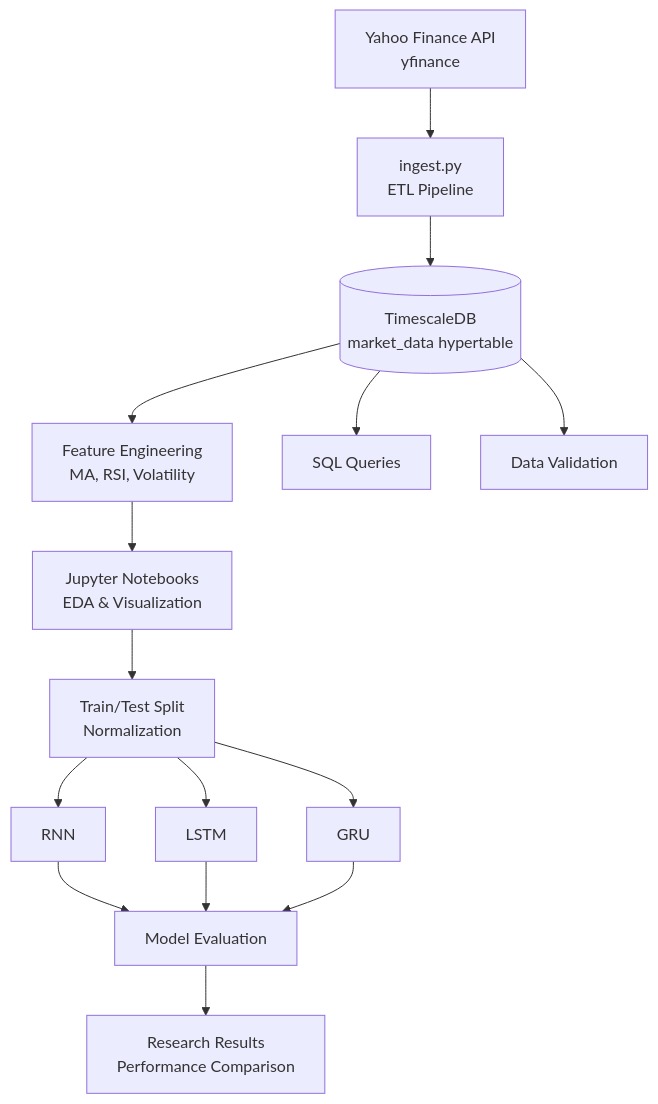
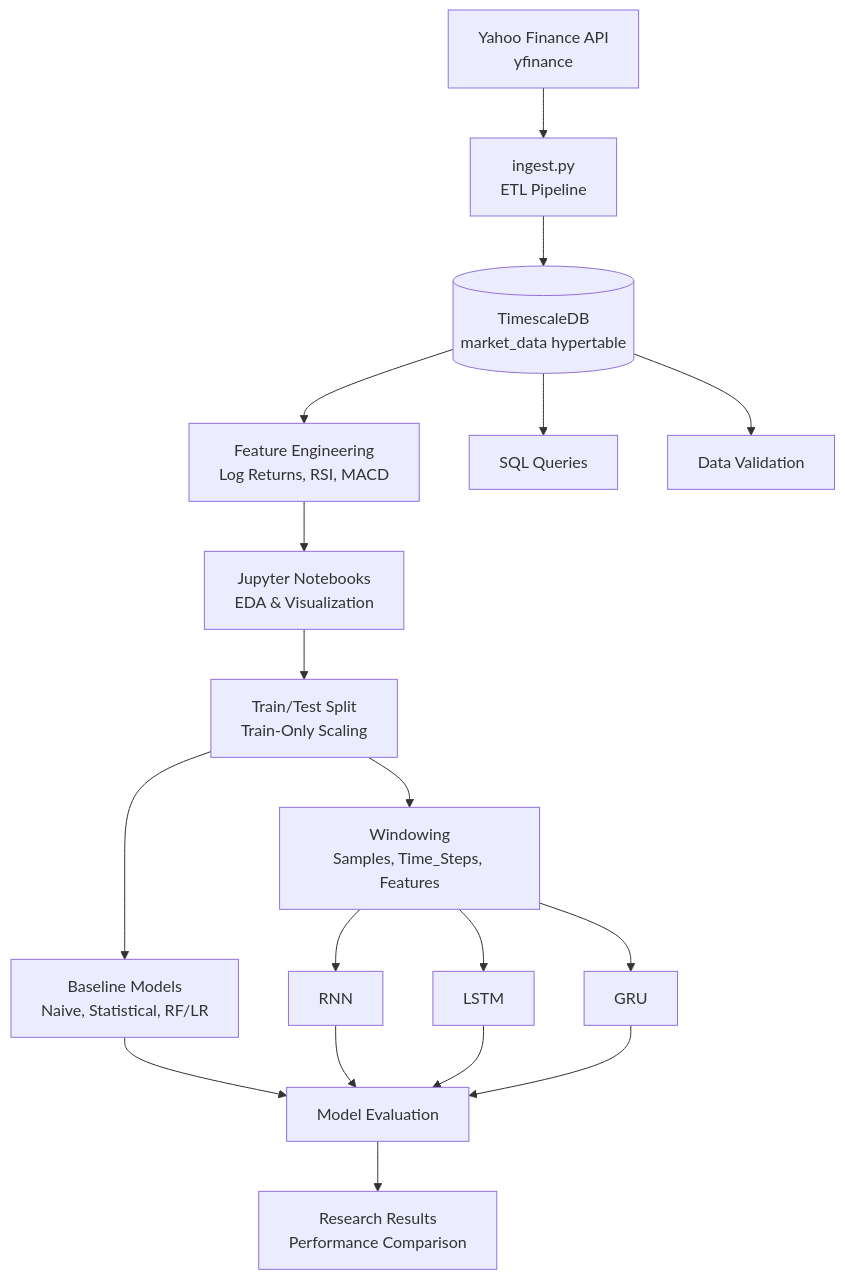
One commit to henghengyh/chronos-market changed the diagram in README.md. Above: the diagram before and after it, drawn with Mermaid. The commit also changed other lines of this file, not shown here.

````diff
--- a/README.md
+++ b/README.md
@@ -28,25 +30,29 @@
 ```mermaid
 flowchart TD
 
     A[Yahoo Finance API<br/>yfinance] --> B[ingest.py<br/>ETL Pipeline]
 
     B --> C[(TimescaleDB<br/>market_data hypertable)]
 
-    C --> D[Feature Engineering<br/>MA, RSI, Volatility]
+    C --> D[Feature Engineering<br/>Log Returns, RSI, MACD]
     C --> E[SQL Queries]
     C --> F[Data Validation]
 
     D --> G[Jupyter Notebooks<br/>EDA & Visualization]
 
-    G --> H[Train/Test Split<br/>Normalization]
+    G --> H[Train/Test Split<br/>Train-Only Scaling]
 
-    H --> I[RNN]
-    H --> J[LSTM]
-    H --> K[GRU]
+    H --> N[Baseline Models<br/>Naive, Statistical, RF/LR]
+    H --> O[Windowing<br/>Samples, Time_Steps, Features]
 
-    I --> L[Model Evaluation]
+    O --> I[RNN]
+    O --> J[LSTM]
+    O --> K[GRU]
+
+    N --> L[Model Evaluation]
+    I --> L
     J --> L
     K --> L
 
     L --> M[Research Results<br/>Performance Comparison]
 ```
````
